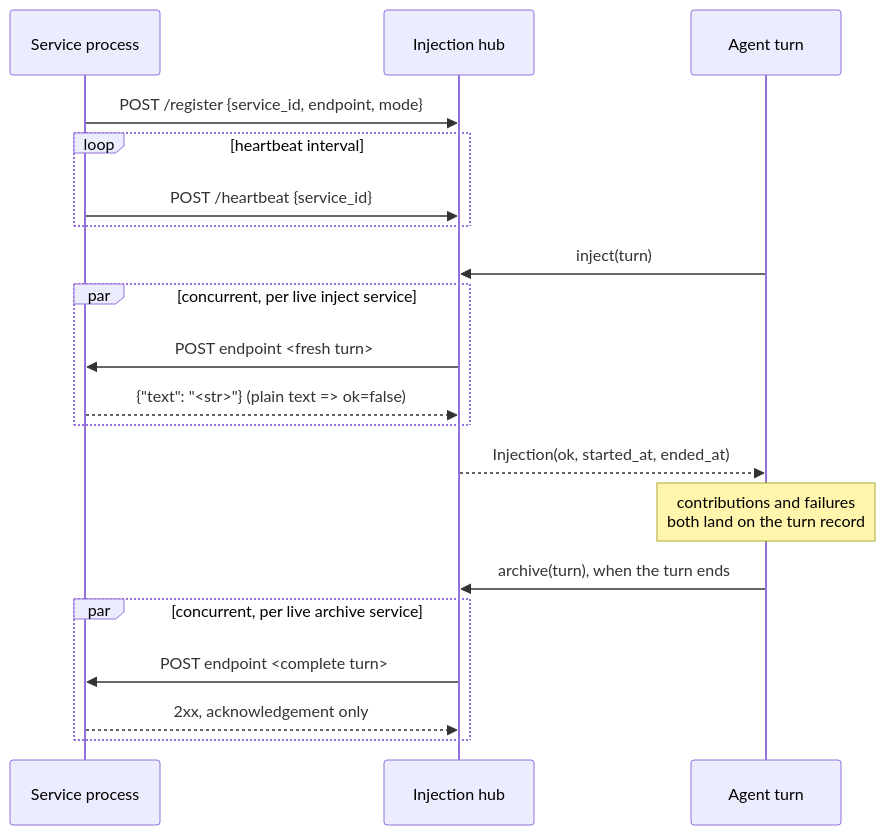
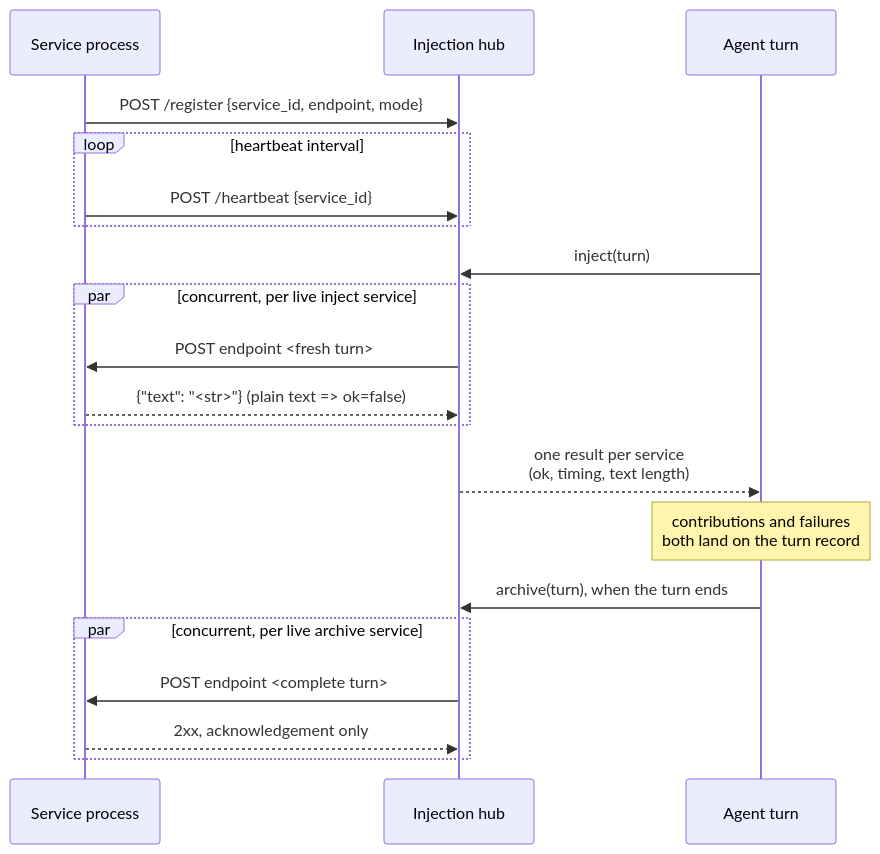
One commit to DarkSpaceY/NAN-itself changed the sixth of 7 diagrams in docs/for-contributors/architecture.md. Above: the diagram before and after it, drawn with Mermaid. The commit also changed other lines of this file and 10 other files, not shown here.

````diff
--- a/docs/for-contributors/architecture.md
+++ b/docs/for-contributors/architecture.md
@@ -145,23 +156,23 @@
 ```mermaid
 sequenceDiagram
     participant S as Service process
     participant H as Injection hub
     participant A as Agent turn
 
     S->>H: POST /register {service_id, endpoint, mode}
     loop heartbeat interval
         S->>H: POST /heartbeat {service_id}
     end
     A->>H: inject(turn)
     par concurrent, per live inject service
         H->>S: POST endpoint <fresh turn>
         S-->>H: {"text": "<str>"} (plain text => ok=false)
     end
-    H-->>A: Injection(ok, started_at, ended_at)
+    H-->>A: one result per service<br/>(ok, timing, text length)
     note over A: contributions and failures<br/>both land on the turn record
     A->>H: archive(turn), when the turn ends
     par concurrent, per live archive service
         H->>S: POST endpoint <complete turn>
         S-->>H: 2xx, acknowledgement only
     end
 ```
````
